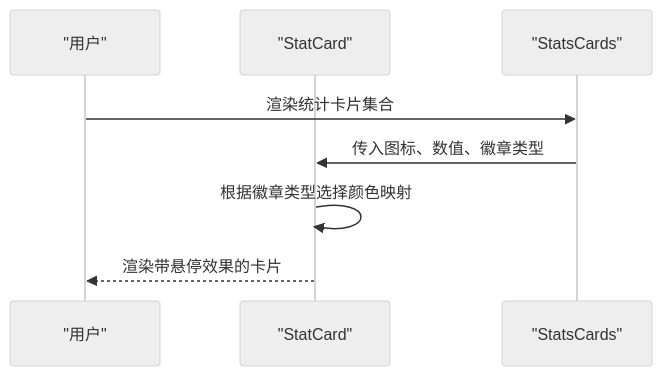
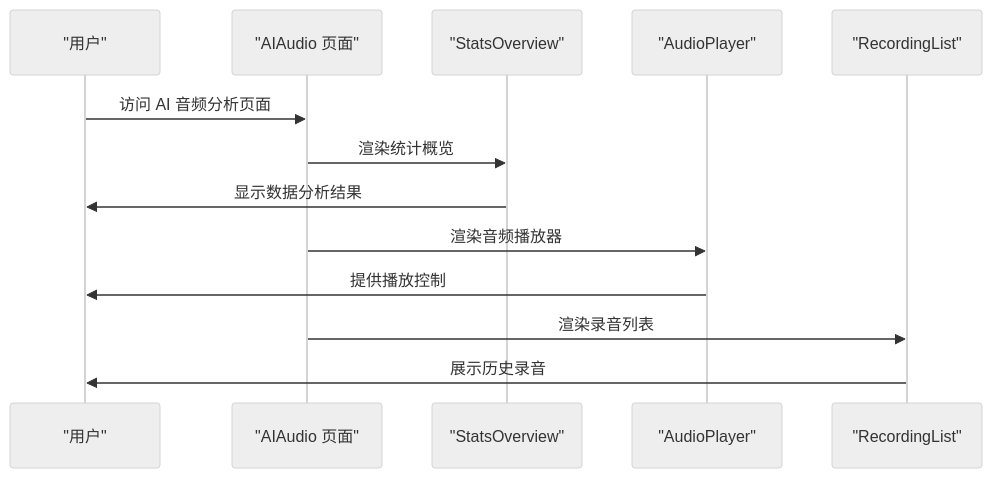
Before and after one commit to xianjianshenqu/SalesFlow-CRM: the fifth of 6 diagrams in .qoder/repowiki/zh/content/开发指南/开发指南.md, drawn with Mermaid (neutral theme). The commit also changed other lines of this file and 17 other files, not shown here.

````diff
--- a/.qoder/repowiki/zh/content/开发指南/开发指南.md
+++ b/.qoder/repowiki/zh/content/开发指南/开发指南.md
@@ -244,10 +263,15 @@
 ```mermaid
 sequenceDiagram
 participant User as "用户"
-participant Card as "StatCard"
-participant Container as "StatsCards"
-User->>Container : 渲染统计卡片集合
-Container->>Card : 传入图标、数值、徽章类型
-Card->>Card : 根据徽章类型选择颜色映射
-Card-->>User : 渲染带悬停效果的卡片
+participant AIAudio as "AIAudio 页面"
+participant Stats as "StatsOverview"
+participant Player as "AudioPlayer"
+participant List as "RecordingList"
+User->>AIAudio : 访问 AI 音频分析页面
+AIAudio->>Stats : 渲染统计概览
+Stats->>User : 显示数据分析结果
+AIAudio->>Player : 渲染音频播放器
+Player->>User : 提供播放控制
+AIAudio->>List : 渲染录音列表
+List->>User : 展示历史录音
 ```
````
